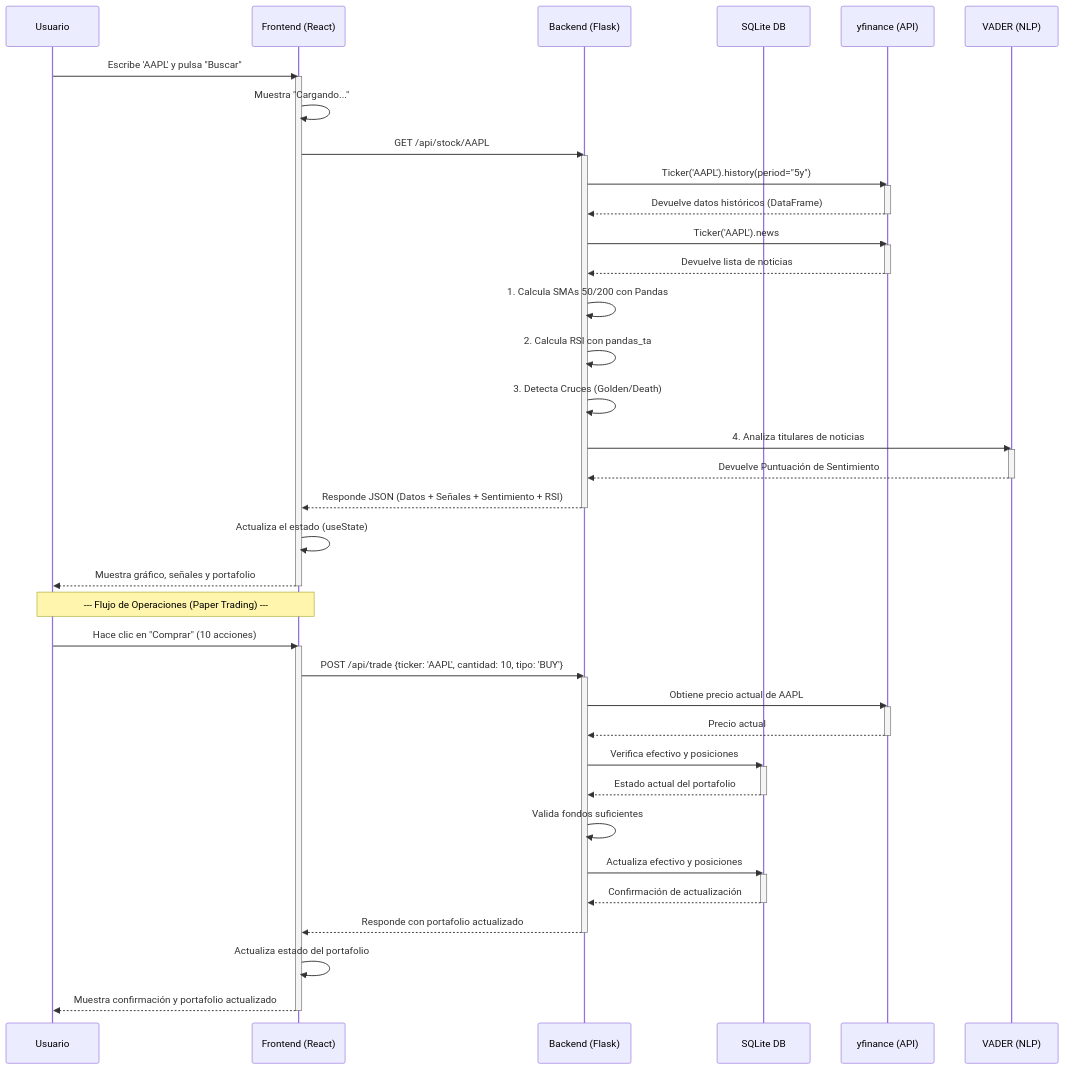
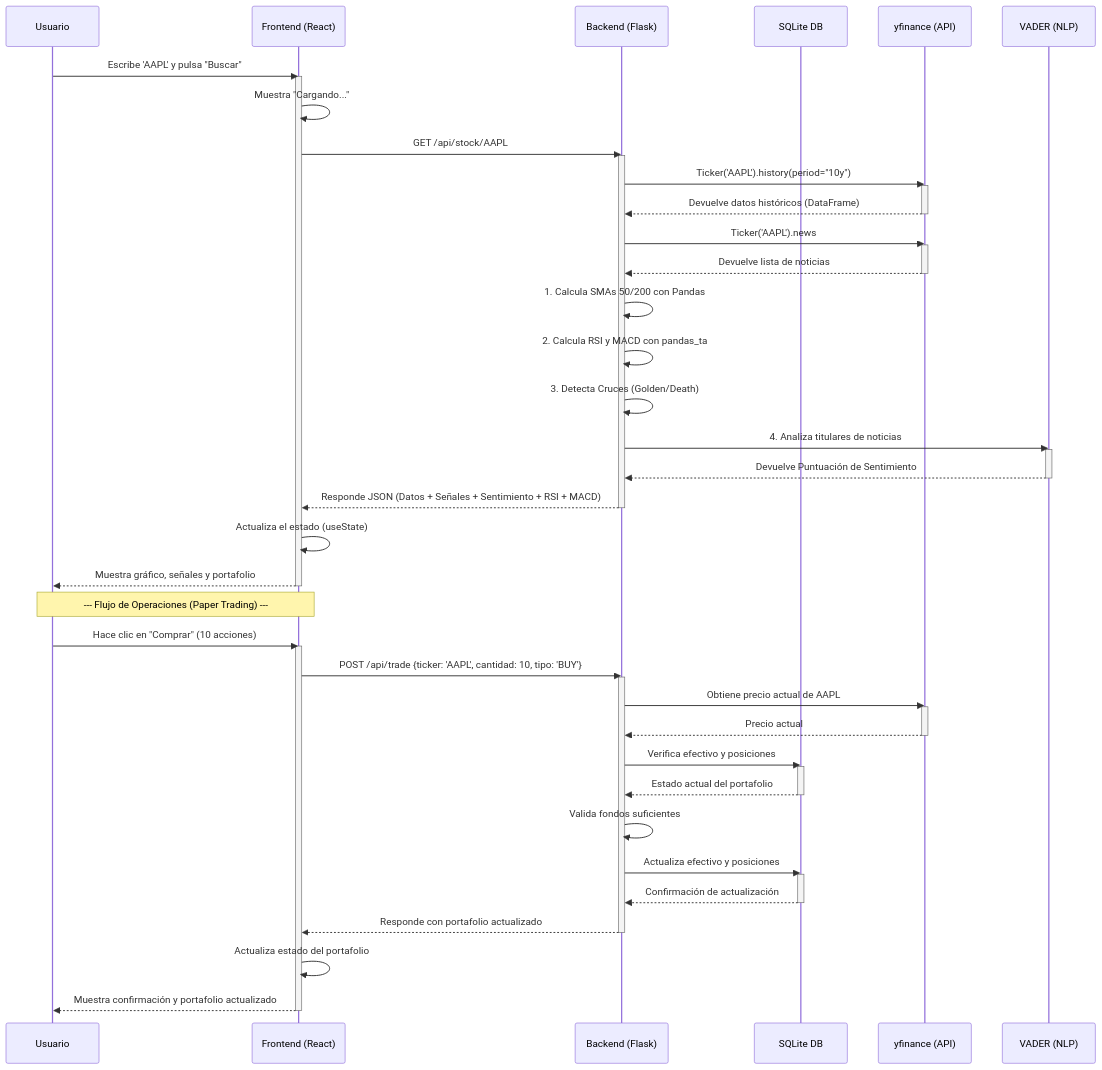
The second of 2 diagrams in README.md (franjavi-upct-es/lumina_project), drawn with Mermaid before and after one commit. The commit also changed other lines of this file and 5 other files, not shown here.

````diff
--- a/README.md
+++ b/README.md
@@ -103,71 +105,71 @@
 ```mermaid
 sequenceDiagram
     participant U as Usuario
     participant F as Frontend (React)
     participant B as Backend (Flask)
     participant DB as SQLite DB
     participant YF as yfinance (API)
     participant V as VADER (NLP)
 
     U->>F: Escribe 'AAPL' y pulsa "Buscar"
     activate F
     F->>F: Muestra "Cargando..."
     F->>B: GET /api/stock/AAPL
     activate B
 
-    B->>YF: Ticker('AAPL').history(period="5y")
+    B->>YF: Ticker('AAPL').history(period="10y")
     activate YF
     YF-->>B: Devuelve datos históricos (DataFrame)
     deactivate YF
 
     B->>YF: Ticker('AAPL').news
     activate YF
     YF-->>B: Devuelve lista de noticias
     deactivate YF
 
     B->>B: 1. Calcula SMAs 50/200 con Pandas
-    B->>B: 2. Calcula RSI con pandas_ta
+    B->>B: 2. Calcula RSI y MACD con pandas_ta
     B->>B: 3. Detecta Cruces (Golden/Death)
 
     B->>V: 4. Analiza titulares de noticias
     activate V
     V-->>B: Devuelve Puntuación de Sentimiento
     deactivate V
 
-    B-->>F: Responde JSON (Datos + Señales + Sentimiento + RSI)
+    B-->>F: Responde JSON (Datos + Señales + Sentimiento + RSI + MACD)
     deactivate B
 
     F->>F: Actualiza el estado (useState)
     F-->>U: Muestra gráfico, señales y portafolio
     deactivate F
 
     Note over U,F: --- Flujo de Operaciones (Paper Trading) ---
 
     U->>F: Hace clic en "Comprar" (10 acciones)
     activate F
     F->>B: POST /api/trade {ticker: 'AAPL', cantidad: 10, tipo: 'BUY'}
     activate B
 
     B->>YF: Obtiene precio actual de AAPL
     activate YF
     YF-->>B: Precio actual
     deactivate YF
 
     B->>DB: Verifica efectivo y posiciones
     activate DB
     DB-->>B: Estado actual del portafolio
     deactivate DB
 
     B->>B: Valida fondos suficientes
     B->>DB: Actualiza efectivo y posiciones
     activate DB
     DB-->>B: Confirmación de actualización
     deactivate DB
 
     B-->>F: Responde con portafolio actualizado
     deactivate B
 
     F->>F: Actualiza estado del portafolio
     F-->>U: Muestra confirmación y portafolio actualizado
     deactivate F
 ```
````
